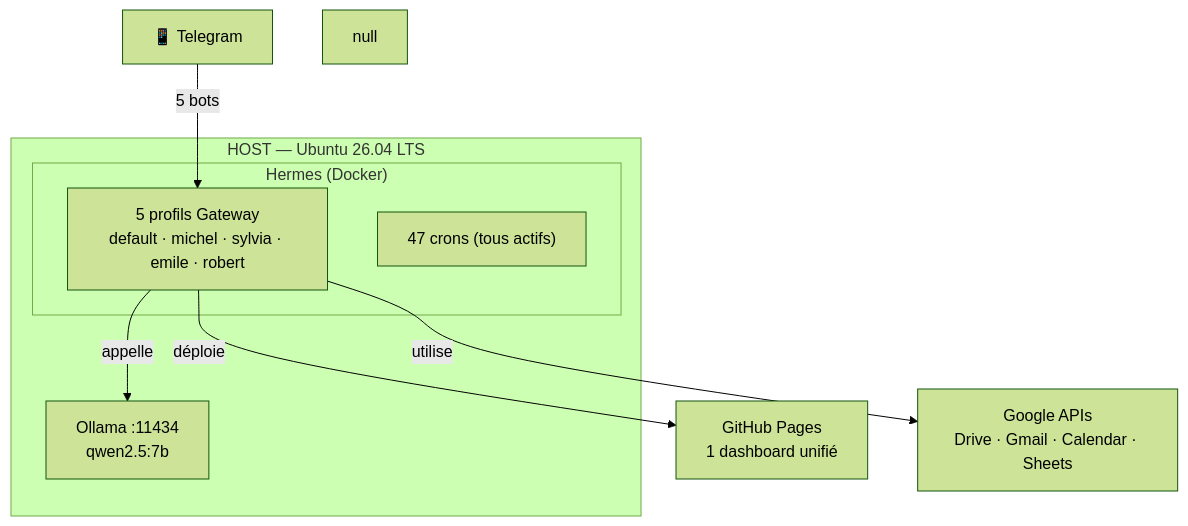
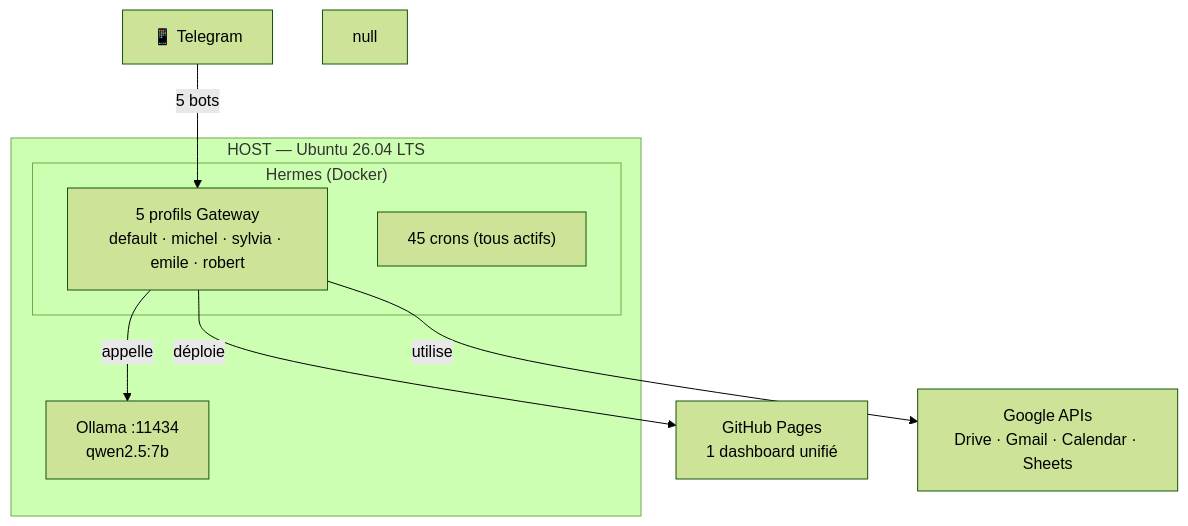
One commit to christophedanhier-hash/hermes-wiki changed the diagram in docs/hermes/installation/linux.md. Above: the diagram before and after it, drawn with Mermaid (forest theme). The commit also changed 13 other files, not shown here.

````diff
--- a/docs/hermes/installation/linux.md
+++ b/docs/hermes/installation/linux.md
@@ -129,16 +129,16 @@
 ```mermaid
 graph TB
     subgraph HOST["HOST — Ubuntu 26.04 LTS"]
         Ollama["Ollama :11434<br/>qwen2.5:7b"]
         subgraph Docker["Hermes (Docker)"]
             GW["5 profils Gateway<br/>default · michel · sylvia · emile · robert"]
-            Crons["47 crons (tous actifs)"]
+            Crons["45 crons (tous actifs)"]
         end
     end
     
     Telegram["📱 Telegram"] -->|"5 bots"| GW
     GW -->|"déploie"| GH["GitHub Pages<br/>1 dashboard unifié"]
     GW -->|"utilise"| Google["Google APIs<br/>Drive · Gmail · Calendar · Sheets"]
     GW -->|"appelle"| Ollama
     null
 ```
````
